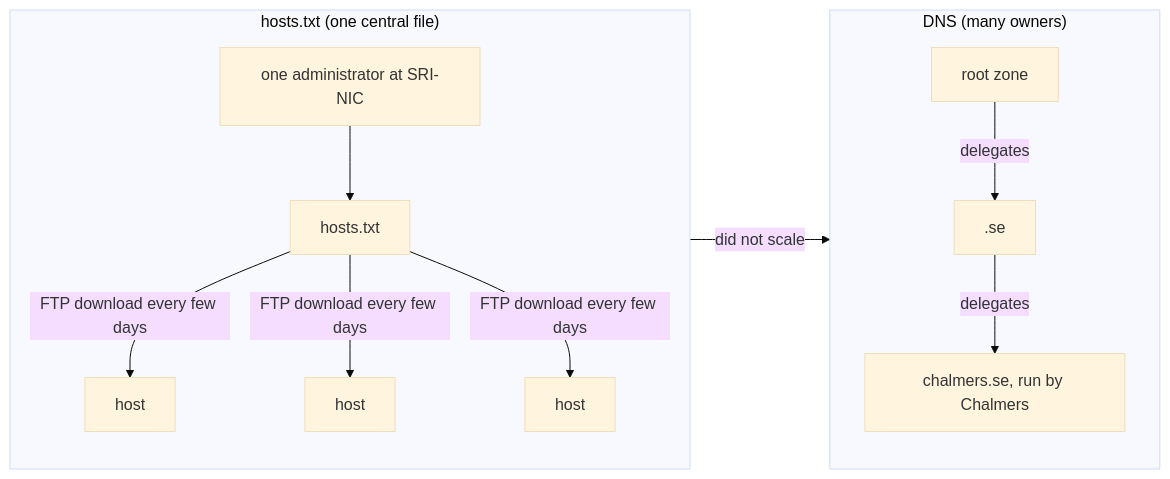
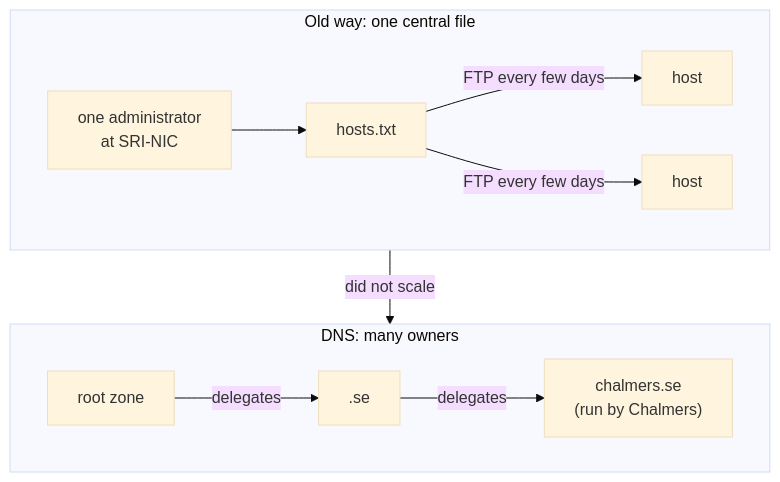
One commit to FahimMashroor/Chalmers_CSC changed the fourth of 41 diagrams in EDA387-Computer-Networks/02-DNS.md. Above: the diagram before and after it, drawn with Mermaid (base theme). The commit also changed other lines of this file, not shown here.

Commit message:
Rewrite 02 DNS in simple language with examples and diagrams

````diff
--- a/EDA387-Computer-Networks/02-DNS.md
+++ b/EDA387-Computer-Networks/02-DNS.md
@@ -171,15 +228,14 @@
 ```mermaid
-flowchart LR
-  subgraph old["hosts.txt (one central file)"]
-    admin["one administrator at SRI-NIC"]
-    file["hosts.txt"]
-    admin --> file
-    file -->|"FTP download every few days"| h1["host"]
-    file -->|"FTP download every few days"| h2["host"]
-    file -->|"FTP download every few days"| h3["host"]
-  end
-  subgraph new["DNS (many owners)"]
-    root["root zone"] -->|delegates| se[".se"] -->|delegates| ch["chalmers.se, run by Chalmers"]
-  end
-  old -->|"did not scale"| new
+flowchart TB
+    subgraph old["Old way: one central file"]
+        direction LR
+        admin["one administrator<br/>at SRI-NIC"] --> file["hosts.txt"]
+        file -->|"FTP every few days"| h1["host"]
+        file -->|"FTP every few days"| h2["host"]
+    end
+    subgraph new["DNS: many owners"]
+        direction LR
+        root["root zone"] -->|delegates| se[".se"] -->|delegates| ch["chalmers.se<br/>(run by Chalmers)"]
+    end
+    old -->|"did not scale"| new
 ```
````
